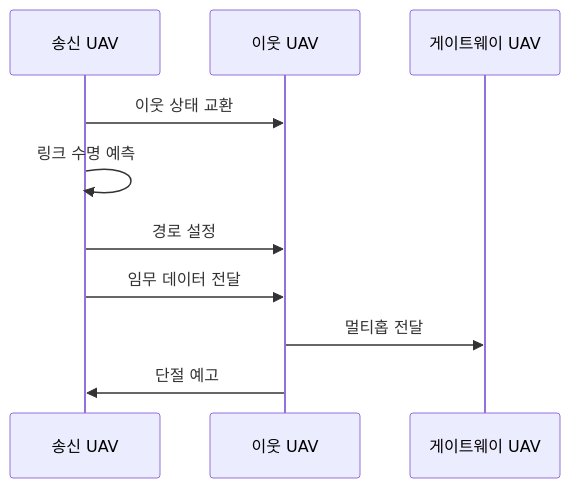
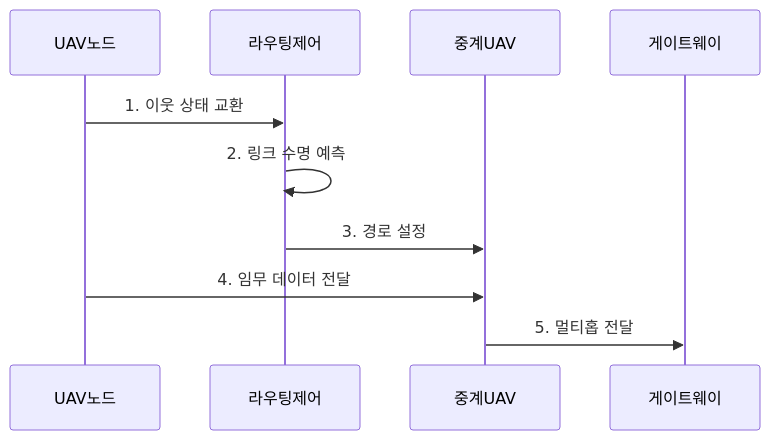
Before and after one commit to agnusdei1207/knowledge-base: the second of 2 diagrams in src/content/docs/notes/04-network/052_fanet_drone_network.md, drawn with Mermaid. The commit also changed other lines of this file and 20 other files, not shown here.

````diff
--- a/src/content/docs/notes/04-network/052_fanet_drone_network.md
+++ b/src/content/docs/notes/04-network/052_fanet_drone_network.md
@@ -86,12 +79,12 @@
 ```mermaid
 sequenceDiagram
-    participant U as 송신 UAV
-    participant N as 이웃 UAV
-    participant G as 게이트웨이 UAV
-    U->>N: 이웃 상태 교환
-    U->>U: 링크 수명 예측
-    U->>N: 경로 설정
-    U->>N: 임무 데이터 전달
-    N->>G: 멀티홉 전달
-    N->>U: 단절 예고
+    participant UAV노드
+    participant 라우팅제어
+    participant 중계UAV
+    participant 게이트웨이
+    UAV노드->>라우팅제어: 1. 이웃 상태 교환
+    라우팅제어->>라우팅제어: 2. 링크 수명 예측
+    라우팅제어->>중계UAV: 3. 경로 설정
+    UAV노드->>중계UAV: 4. 임무 데이터 전달
+    중계UAV->>게이트웨이: 5. 멀티홉 전달
 ```
````
